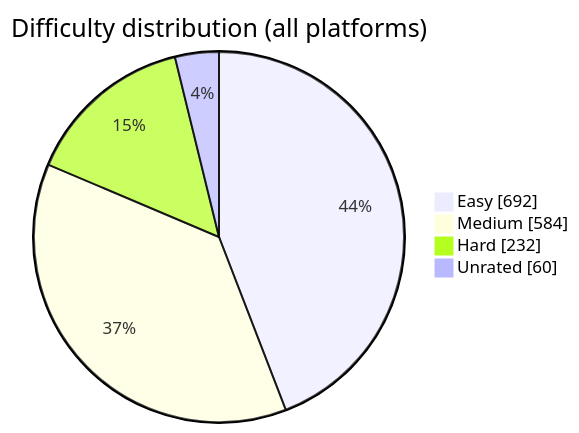
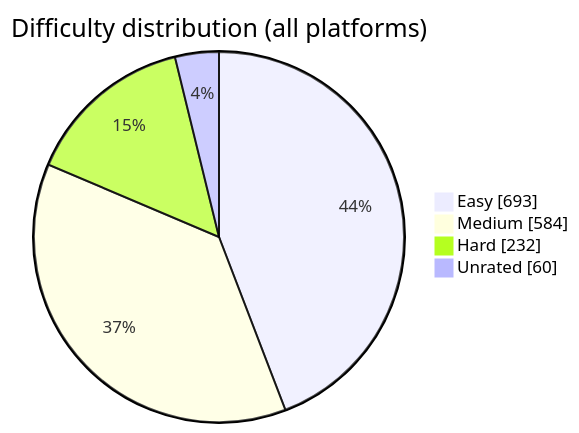
Before and after one commit to BuildbyArindam/Daily-Coding-Log: the diagram in README.md, drawn with Mermaid. The commit also changed other lines of this file, not shown here.

````diff
--- a/README.md
+++ b/README.md
@@ -93,7 +93,7 @@
 ```mermaid
 pie showData title Difficulty distribution (all platforms)
-    "Easy" : 692
+    "Easy" : 693
     "Medium" : 584
     "Hard" : 232
     "Unrated" : 60
 ```
````
